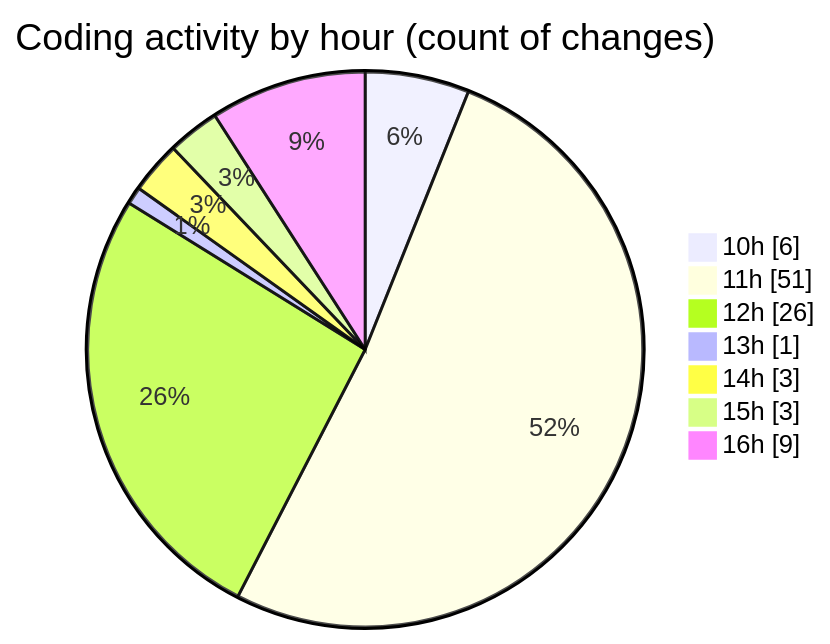
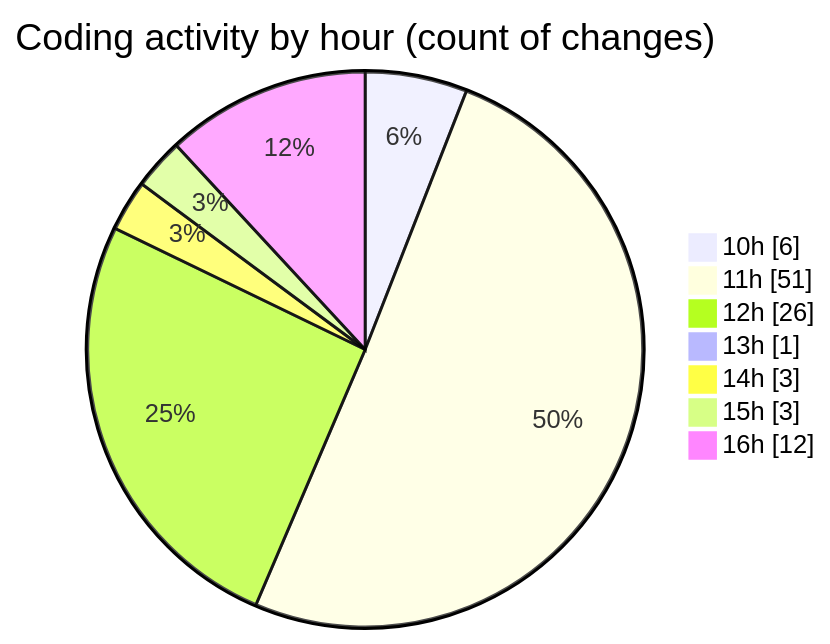
One commit to nxtqubesakshisongat/code-tracking changed the second of 2 diagrams in 2026-04-09/airfeed-analytics-dashboard/README.md. Above: the diagram before and after it, drawn with Mermaid. The commit also changed other lines of this file and 1 other file, not shown here.

````diff
--- a/2026-04-09/airfeed-analytics-dashboard/README.md
+++ b/2026-04-09/airfeed-analytics-dashboard/README.md
@@ -35,11 +35,11 @@
 ```mermaid
 pie showData
 title Coding activity by hour (count of changes)
 "10h" : 6
 "11h" : 51
 "12h" : 26
 "13h" : 1
 "14h" : 3
 "15h" : 3
-"16h" : 9
+"16h" : 12
 ```
````
